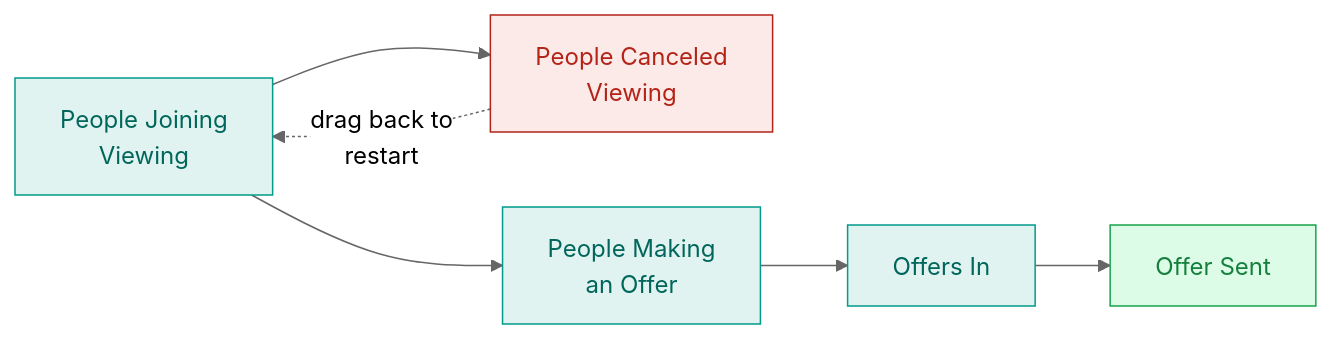
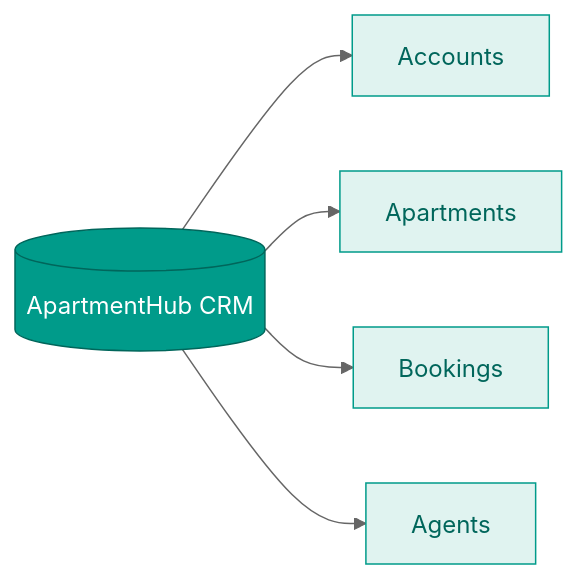
The second of 7 diagrams in docs/ApartmentHub-CRM.md (ApartmentHub03/ApartmentHub), drawn with Mermaid (neutral theme) before and after one commit. The commit also changed other lines of this file, not shown here.

First line of the commit message:
docs: restructure CRM overview into 4 sections

````diff
--- a/docs/ApartmentHub-CRM.md
+++ b/docs/ApartmentHub-CRM.md
@@ -34,13 +40,12 @@
 ```mermaid
 flowchart LR
-    A["People Joining<br/>Viewing"] --> C["People Canceled<br/>Viewing"]
-    A --> B["People Making<br/>an Offer"]
-    B --> D["Offers In"]
-    D --> E["Offer Sent"]
-    C -.->|drag back to<br/>restart| A
+    CRM[(ApartmentHub CRM)] --> A[Accounts]
+    CRM --> B[Apartments]
+    CRM --> C[Bookings]
+    CRM --> D[Agents]
+    style CRM fill:#009B8A,stroke:#00665b,color:#fff
     style A fill:#e0f3f0,stroke:#009B8A,color:#00665b
     style B fill:#e0f3f0,stroke:#009B8A,color:#00665b
-    style C fill:#fbeae8,stroke:#B42318,color:#B42318
+    style C fill:#e0f3f0,stroke:#009B8A,color:#00665b
     style D fill:#e0f3f0,stroke:#009B8A,color:#00665b
-    style E fill:#dcfce7,stroke:#16a34a,color:#15803D
 ```
````
